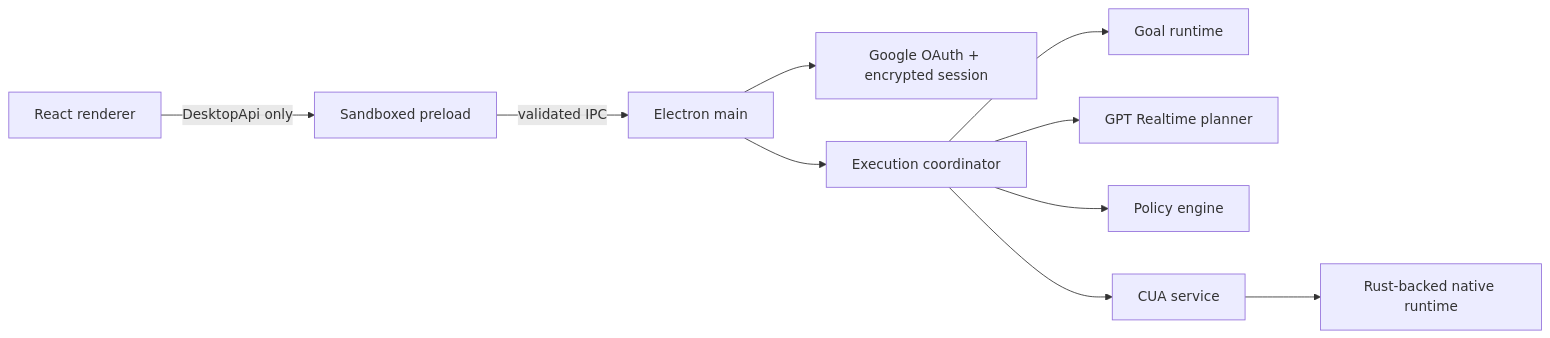
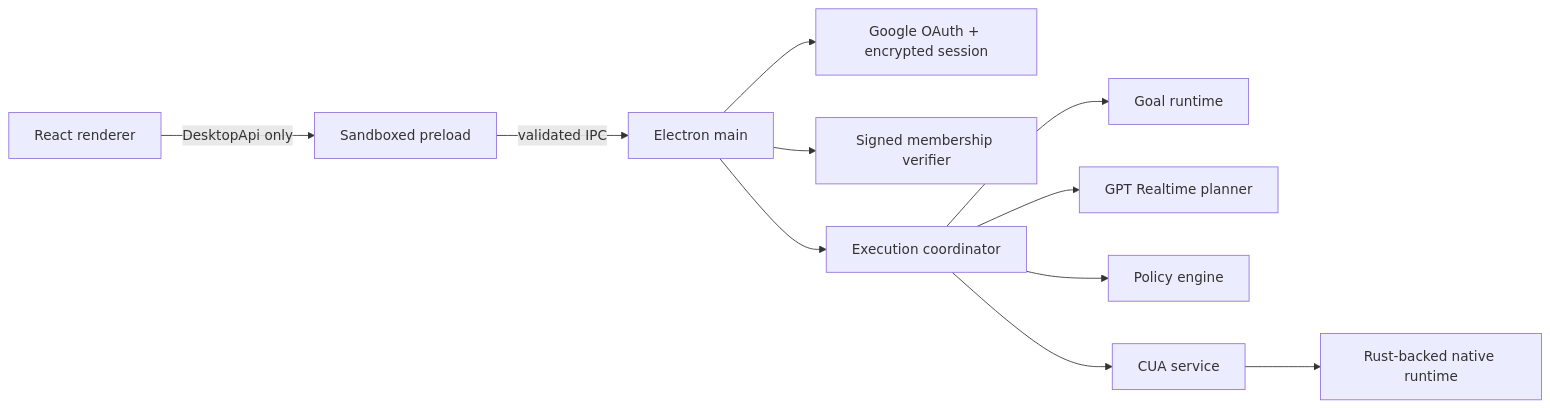
The diagram in docs/architecture.md (ducnguyen67201/TroCode), drawn with Mermaid before and after one commit. The commit also changed other lines of this file and 44 other files, not shown here.

````diff
--- a/docs/architecture.md
+++ b/docs/architecture.md
@@ -13,12 +13,13 @@
 ```mermaid
 flowchart LR
     UI["React renderer"] -->|"DesktopApi only"| PRELOAD["Sandboxed preload"]
     PRELOAD -->|"validated IPC"| MAIN["Electron main"]
     MAIN --> AUTH["Google OAuth + encrypted session"]
+    MAIN --> MEMBERSHIP["Signed membership verifier"]
     MAIN --> COORD["Execution coordinator"]
     COORD --> GOAL["Goal runtime"]
     COORD --> RT["GPT Realtime planner"]
     COORD --> POLICY["Policy engine"]
     COORD --> CUA["CUA service"]
     CUA --> NATIVE["Rust-backed native runtime"]
 ```
````
